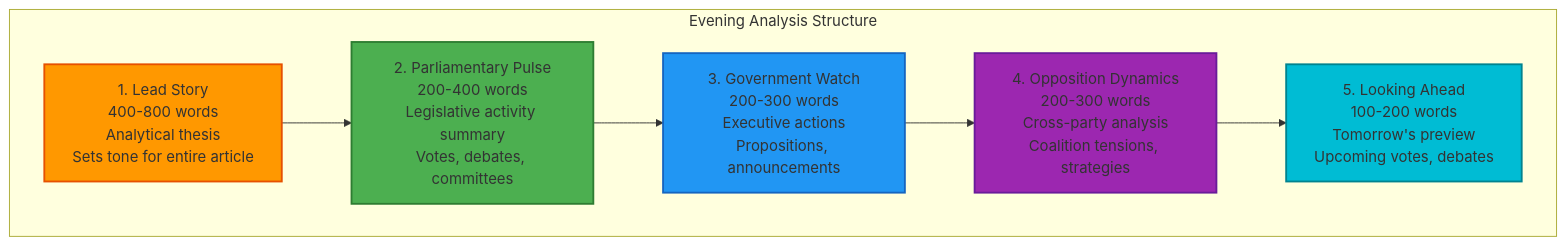
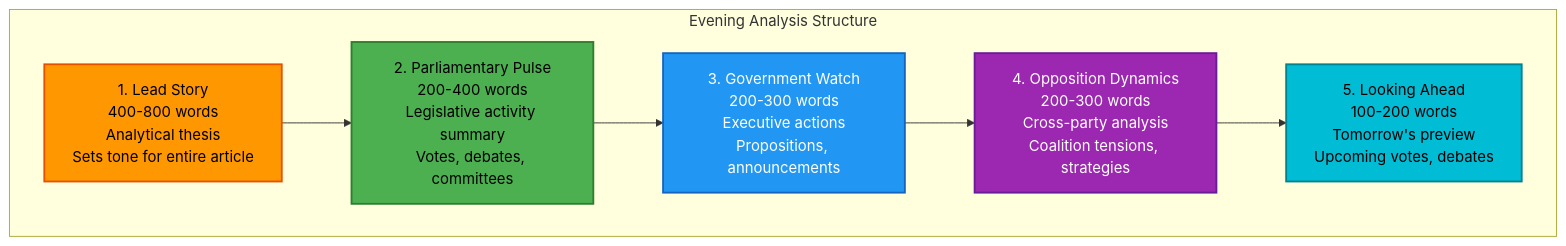
One commit to Hack23/riksdagsmonitor changed the eighth of 16 diagrams in ARCHITECTURE.md. Above: the diagram before and after it, drawn with Mermaid. The commit also changed other lines of this file and 11 other files, not shown here.

First line of the commit message:
Fix broken mermaid diagrams: SWOT gantt, quadrantChart theming, init quotes, text colors

````diff
--- a/ARCHITECTURE.md
+++ b/ARCHITECTURE.md
@@ -775,21 +775,21 @@
 ```mermaid
 graph TD
     subgraph "Evening Analysis Structure"
         Lead[1. Lead Story<br/>400-800 words<br/>Analytical thesis<br/>Sets tone for entire article]
         Pulse[2. Parliamentary Pulse<br/>200-400 words<br/>Legislative activity summary<br/>Votes, debates, committees]
         Watch[3. Government Watch<br/>200-300 words<br/>Executive actions<br/>Propositions, announcements]
         Opposition[4. Opposition Dynamics<br/>200-300 words<br/>Cross-party analysis<br/>Coalition tensions, strategies]
         Ahead[5. Looking Ahead<br/>100-200 words<br/>Tomorrow's preview<br/>Upcoming votes, debates]
     end
     
     Lead --> Pulse
     Pulse --> Watch
     Watch --> Opposition
     Opposition --> Ahead
     
-    style Lead fill:#ff9800,stroke:#e65100,stroke-width:2px
-    style Pulse fill:#4caf50,stroke:#2e7d32,stroke-width:2px
-    style Watch fill:#2196f3,stroke:#1565c0,stroke-width:2px
-    style Opposition fill:#9c27b0,stroke:#6a1b9a,stroke-width:2px
-    style Ahead fill:#00bcd4,stroke:#00838f,stroke-width:2px
+    style Lead fill:#ff9800,stroke:#e65100,stroke-width:2px,color:#000000
+    style Pulse fill:#4caf50,stroke:#2e7d32,stroke-width:2px,color:#000000
+    style Watch fill:#2196f3,stroke:#1565c0,stroke-width:2px,color:#ffffff
+    style Opposition fill:#9c27b0,stroke:#6a1b9a,stroke-width:2px,color:#ffffff
+    style Ahead fill:#00bcd4,stroke:#00838f,stroke-width:2px,color:#000000
 ```
````
